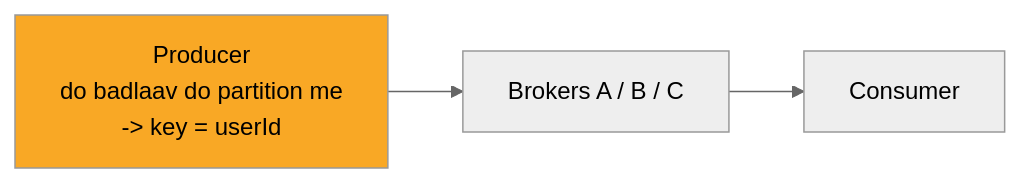
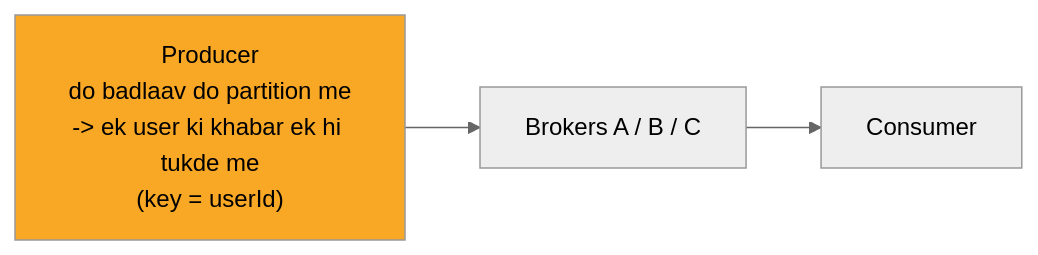
One commit to ArpanMaheshwari144/Prep changed the fourth of 12 diagrams in 04_HLD/SYSTEM_DESIGNS/12_message_queue_kafka/12_message_queue_kafka.md. Above: the diagram before and after it, drawn with Mermaid (neutral theme). The commit also changed other lines of this file and 13 other files, not shown here.

````diff
--- a/04_HLD/SYSTEM_DESIGNS/12_message_queue_kafka/12_message_queue_kafka.md
+++ b/04_HLD/SYSTEM_DESIGNS/12_message_queue_kafka/12_message_queue_kafka.md
@@ -143,9 +143,9 @@
 ```mermaid
 flowchart LR
-    n_P["Producer<br/>do badlaav do partition me<br/>-> key = userId"]
+    n_P["Producer<br/>do badlaav do partition me<br/>-> ek user ki khabar ek hi tukde me<br/>(key = userId)"]
     n_B["Brokers A / B / C"]
     n_C["Consumer"]
     n_P --> n_B
     n_B --> n_C
     style n_P fill:#f9a825,color:#000
 ```
````
